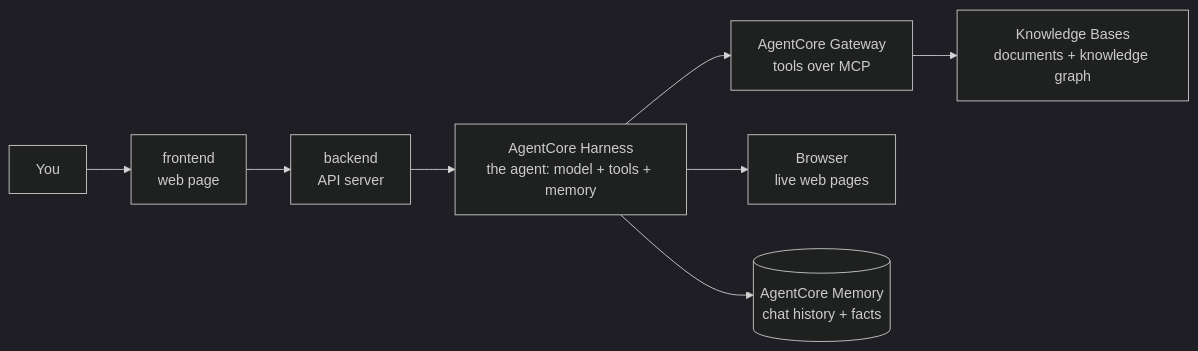
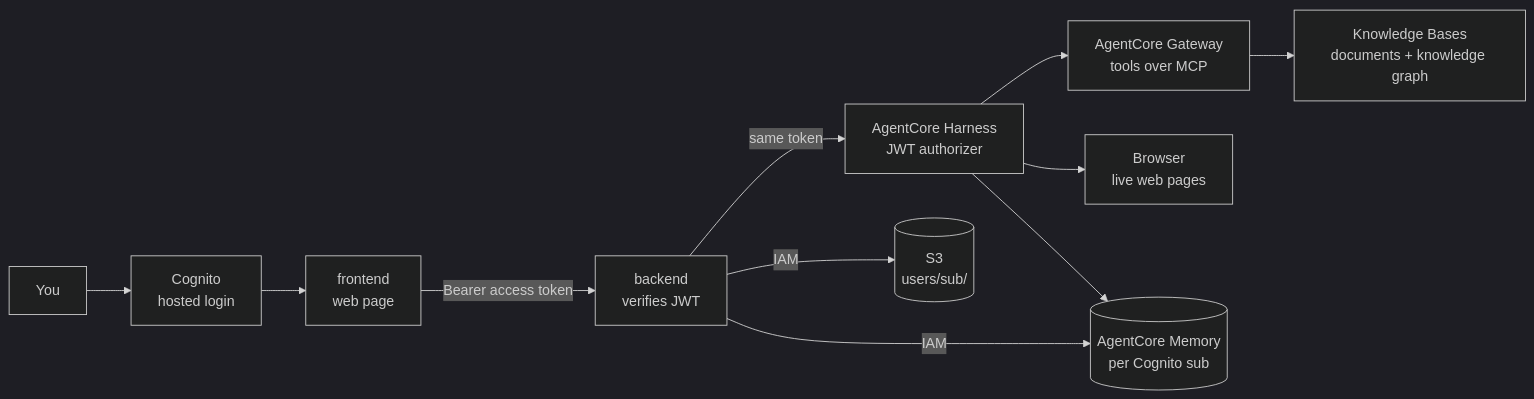
One commit to yashzord/Docs_Copilot changed the diagram in README.md. Above: the diagram before and after it, drawn with Mermaid (dark theme). The commit also changed other lines of this file and 31 other files, not shown here.

First line of the commit message:
wip: Cognito login, per-user documents, Strands agent on Runtime

````diff
--- a/README.md
+++ b/README.md
@@ -91,10 +92,13 @@
 ```mermaid
 flowchart LR
-    U[You] --> F[frontend<br/>web page]
-    F --> B[backend<br/>API server]
-    B --> H[AgentCore Harness<br/>the agent: model + tools + memory]
+    U[You] --> C[Cognito<br/>hosted login]
+    C --> F[frontend<br/>web page]
+    F -->|Bearer access token| B[backend<br/>verifies JWT]
+    B -->|same token| H[AgentCore Harness<br/>JWT authorizer]
     H --> G[AgentCore Gateway<br/>tools over MCP]
     G --> K[Knowledge Bases<br/>documents + knowledge graph]
     H --> T[Browser<br/>live web pages]
-    H --> M[(AgentCore Memory<br/>chat history + facts)]
+    H --> M[(AgentCore Memory<br/>per Cognito sub)]
+    B -->|IAM| S[(S3<br/>users/sub/)]
+    B -->|IAM| M
 ```
````
